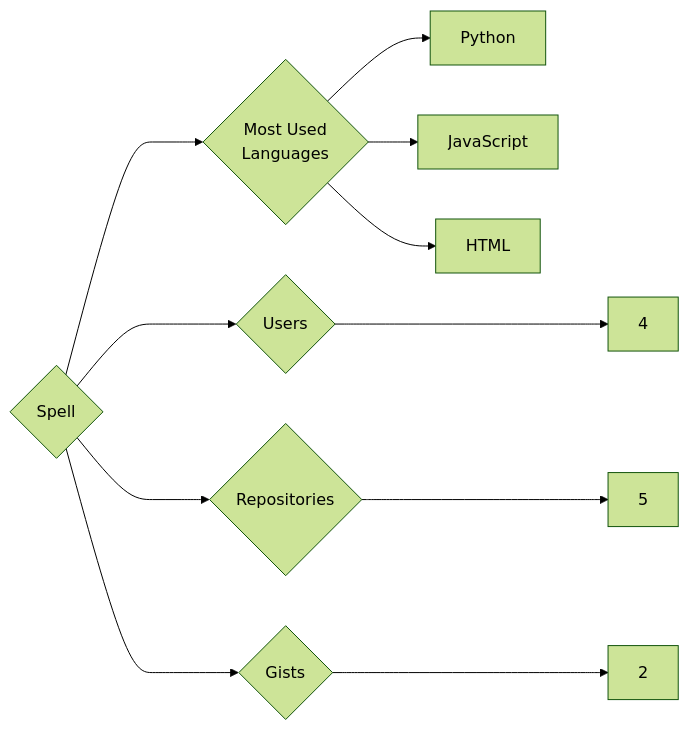
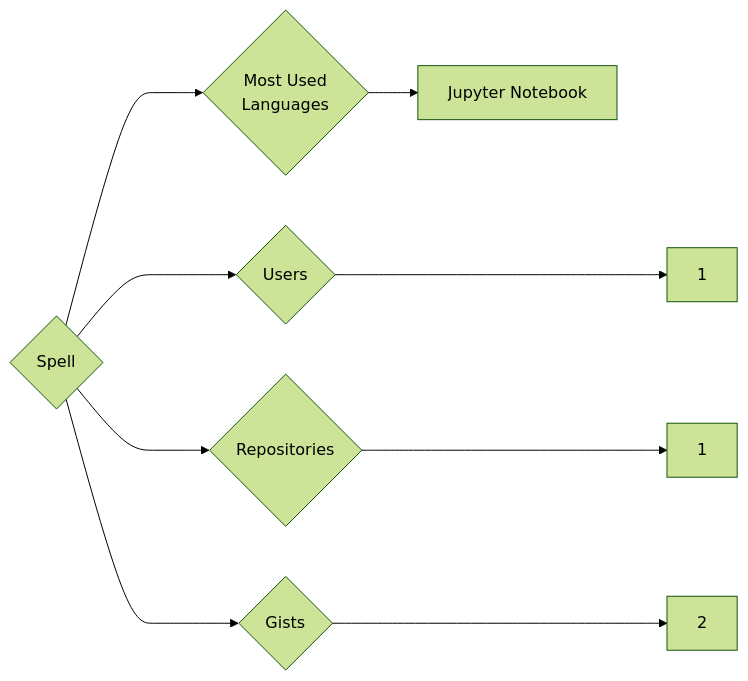
The diagram in targets/Spell/README.md (trickest/insiders), drawn with Mermaid (forest theme) before and after one commit. The commit also changed 1479 other files, not shown here.

````diff
--- a/targets/Spell/README.md
+++ b/targets/Spell/README.md
@@ -3,11 +3,9 @@
 ```mermaid
 graph LR
 COMPANY_NAME{Spell}
-COMPANY_NAME ---> U{Users} ---> UN[4]
-COMPANY_NAME ---> R{Repositories} ---> RN[5]
+COMPANY_NAME ---> U{Users} ---> UN[1]
+COMPANY_NAME ---> R{Repositories} ---> RN[1]
 COMPANY_NAME ---> G{Gists} ---> GN[2]
 COMPANY_NAME ---> ML{Most Used<br>Languages}
-ML --> Python[Python]
-ML --> JavaScript[JavaScript]
-ML --> HTML[HTML]
+ML --> Jupyter_Notebook[Jupyter Notebook]
 ```
````
